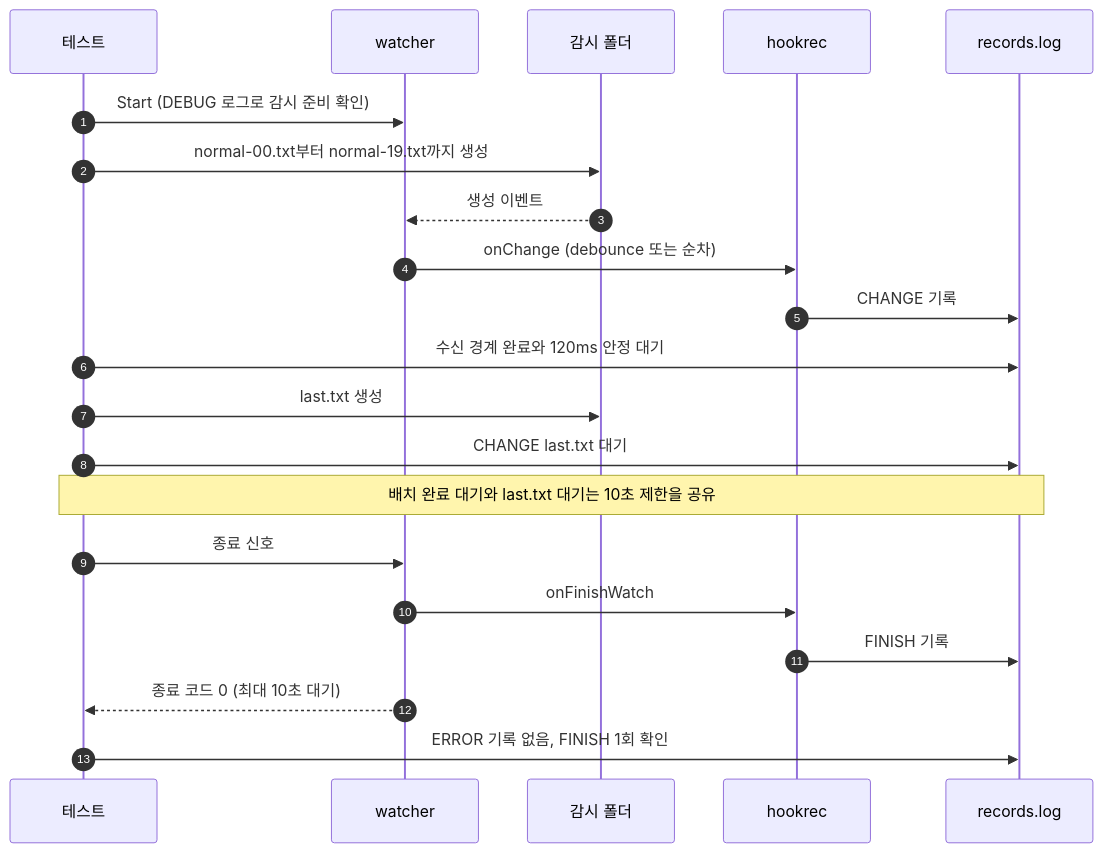
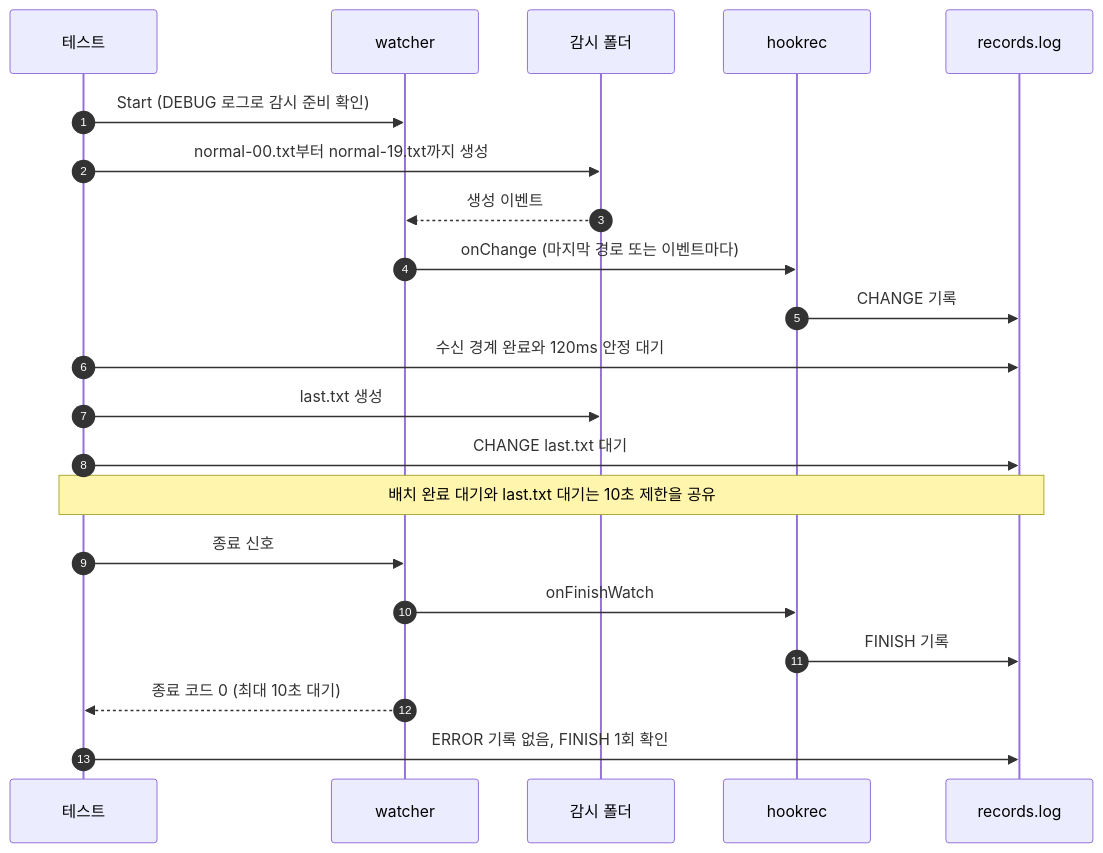
Before and after one commit to seungyeop-lee/directory-watcher: the diagram in e2e/docs/scenarios/normal-changes-do-not-notify.ko.md, drawn with Mermaid. The commit also changed other lines of this file and 47 other files, not shown here.

````diff
--- a/e2e/docs/scenarios/normal-changes-do-not-notify.ko.md
+++ b/e2e/docs/scenarios/normal-changes-do-not-notify.ko.md
@@ -28,23 +28,23 @@
 ```mermaid
 sequenceDiagram
     autonumber
     participant testCode as 테스트
     participant watcherProc as watcher
     participant watchDir as 감시 폴더
     participant hookRec as hookrec
     participant recordFile as records.log
     testCode->>watcherProc: Start (DEBUG 로그로 감시 준비 확인)
     testCode->>watchDir: normal-00.txt부터 normal-19.txt까지 생성
     watchDir-->>watcherProc: 생성 이벤트
-    watcherProc->>hookRec: onChange (debounce 또는 순차)
+    watcherProc->>hookRec: onChange (마지막 경로 또는 이벤트마다)
     hookRec->>recordFile: CHANGE 기록
     testCode->>recordFile: 수신 경계 완료와 120ms 안정 대기
     testCode->>watchDir: last.txt 생성
     testCode->>recordFile: CHANGE last.txt 대기
     Note over testCode,recordFile: 배치 완료 대기와 last.txt 대기는 10초 제한을 공유
     testCode->>watcherProc: 종료 신호
     watcherProc->>hookRec: onFinishWatch
     hookRec->>recordFile: FINISH 기록
     watcherProc-->>testCode: 종료 코드 0 (최대 10초 대기)
     testCode->>recordFile: ERROR 기록 없음, FINISH 1회 확인
 ```
````
